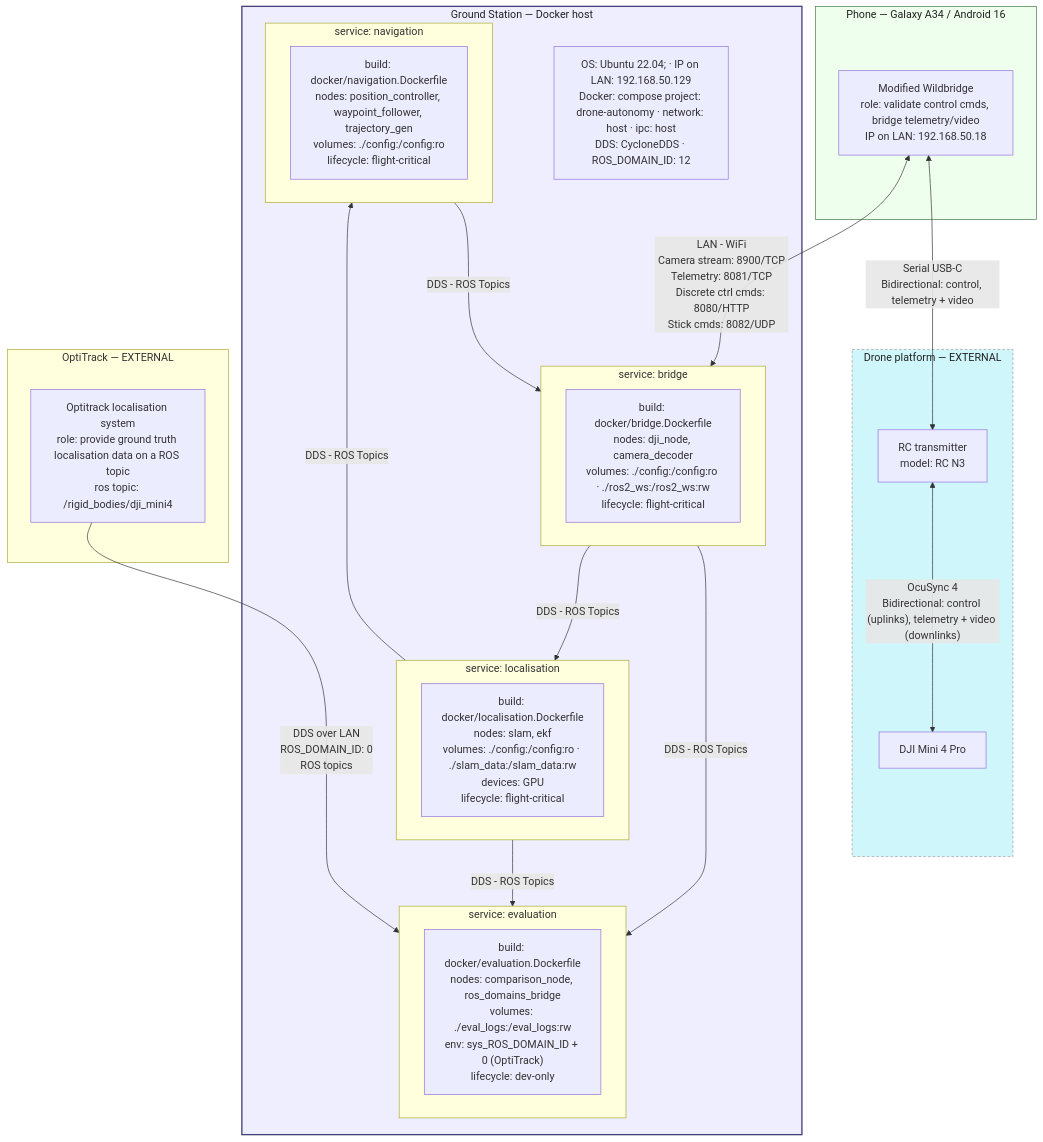
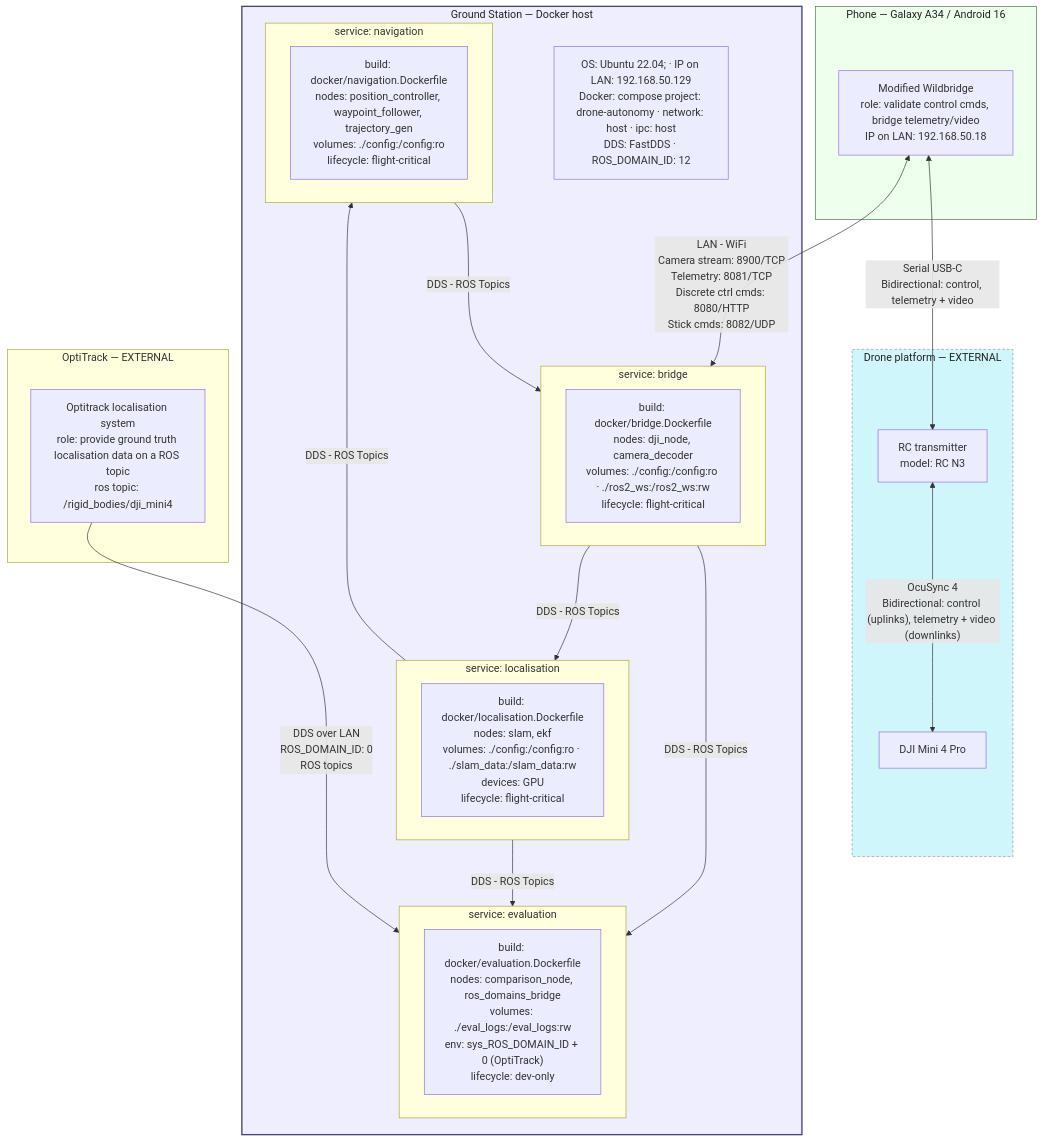
The diagram in docs/deployment.mmd (cristhianpoveda/path_planning_aerial_inspection), drawn with Mermaid before and after one commit. The commit also changed 5 other files, not shown here.

```diff
--- a/docs/deployment.mmd
+++ b/docs/deployment.mmd
@@ -1,51 +1,51 @@
 ---
 config:
   layout: dagre
 ---
 flowchart TB
  subgraph DRONE["Drone platform — EXTERNAL"]
         N3["DJI Mini 4 Pro"]
         RC["RC transmitter<br>model: RC N3<br>"]
   end
  subgraph PHONE["Phone — Galaxy A34 / Android 16"]
         WB["Modified Wildbridge<br>role: validate control cmds, bridge telemetry/video<br>IP on LAN: 192.168.50.18"]
   end
   %% NOTE: telemetry stamped with packet measurement time, not receipt time
  subgraph BRIDGE["service: bridge"]
             BRIDGEd["build: docker/bridge.Dockerfile<br/>nodes: dji_node, camera_decoder<br/>volumes: ./config:/config:ro · ./ros2_ws:/ros2_ws:rw<br/>lifecycle: flight-critical"]
         end
  %% NOTE: efk broadcasts tf
  subgraph LOCALISATION["service: localisation"]
             LOCd["build: docker/localisation.Dockerfile<br/>nodes: slam, ekf<br/>volumes: ./config:/config:ro · ./slam_data:/slam_data:rw<br/>devices: GPU<br/>lifecycle: flight-critical"]
         end
  subgraph NAVIGATION["service: navigation"]
             NAVd["build: docker/navigation.Dockerfile<br/>nodes: position_controller, waypoint_follower, trajectory_gen<br/>volumes: ./config:/config:ro<br/>lifecycle: flight-critical"]
         end
  subgraph EVAL["service: evaluation"]
             EVALd["build: docker/evaluation.Dockerfile<br/>nodes: comparison_node, ros_domains_bridge<br/>volumes: ./eval_logs:/eval_logs:rw<br/>env: sys_ROS_DOMAIN_ID + 0 (OptiTrack)<br/>lifecycle: dev-only"]
         end
  subgraph LAPTOP["Ground Station — Docker host"]
-        LMETA["OS: Ubuntu 22.04; · IP on LAN: 192.168.50.129<br>Docker: compose project: drone-autonomy · network: host · ipc: host<br>DDS: CycloneDDS · ROS_DOMAIN_ID: 12"]
+        LMETA["OS: Ubuntu 22.04; · IP on LAN: 192.168.50.129<br>Docker: compose project: drone-autonomy · network: host · ipc: host<br>DDS: FastDDS · ROS_DOMAIN_ID: 12"]
         BRIDGE
         LOCALISATION
         NAVIGATION
         EVAL
   end
   subgraph OPTITRACK["OptiTrack — EXTERNAL"]
         OTd["Optitrack localisation system<br>role: provide ground truth localisation data on a ROS topic<br>ros topic: /rigid_bodies/dji_mini4"]
   end
     RC <-- "OcuSync 4<br/>Bidirectional: control (uplinks), telemetry + video (downlinks)" --> N3
     WB <-- Serial USB-C<br>Bidirectional: control, telemetry + video --> RC
     WB <-- LAN - WiFi<br>Camera stream: 8900/TCP<br>Telemetry: 8081/TCP<br>Discrete ctrl cmds: 8080/HTTP<br>Stick cmds: 8082/UDP --> BRIDGE
     LMETA ~~~ BRIDGE
     BRIDGE -- "DDS - ROS Topics" --> LOCALISATION
     LOCALISATION -- "DDS - ROS Topics" --> NAVIGATION
     NAVIGATION -- "DDS - ROS Topics" --> BRIDGE
     BRIDGE -- "DDS - ROS Topics" --> EVAL
     LOCALISATION -- "DDS - ROS Topics" --> EVAL
     OTd ~~~ LOCALISATION
     OTd -- "DDS over LAN<br>ROS_DOMAIN_ID: 0<br>ROS topics" --> EVAL
 
     style DRONE fill:#cff6fa,stroke:#999,color:#222,stroke-dasharray:4 3
     style LAPTOP fill:#eef,stroke:#447,color:#222,stroke-width:2px
     style PHONE fill:#efe,color:#222,stroke:#474
```
